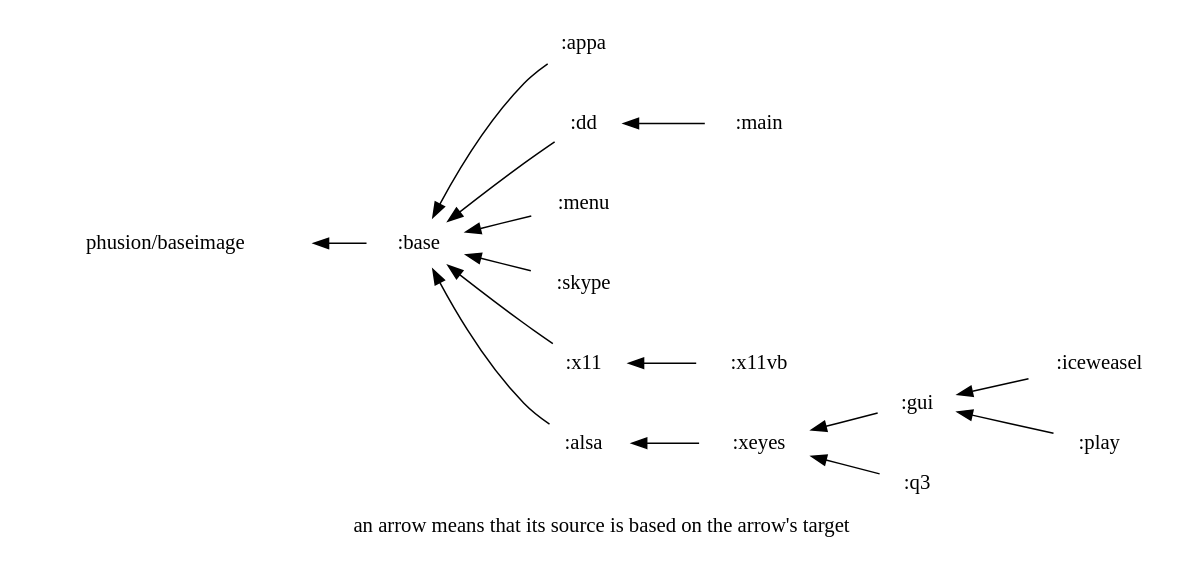
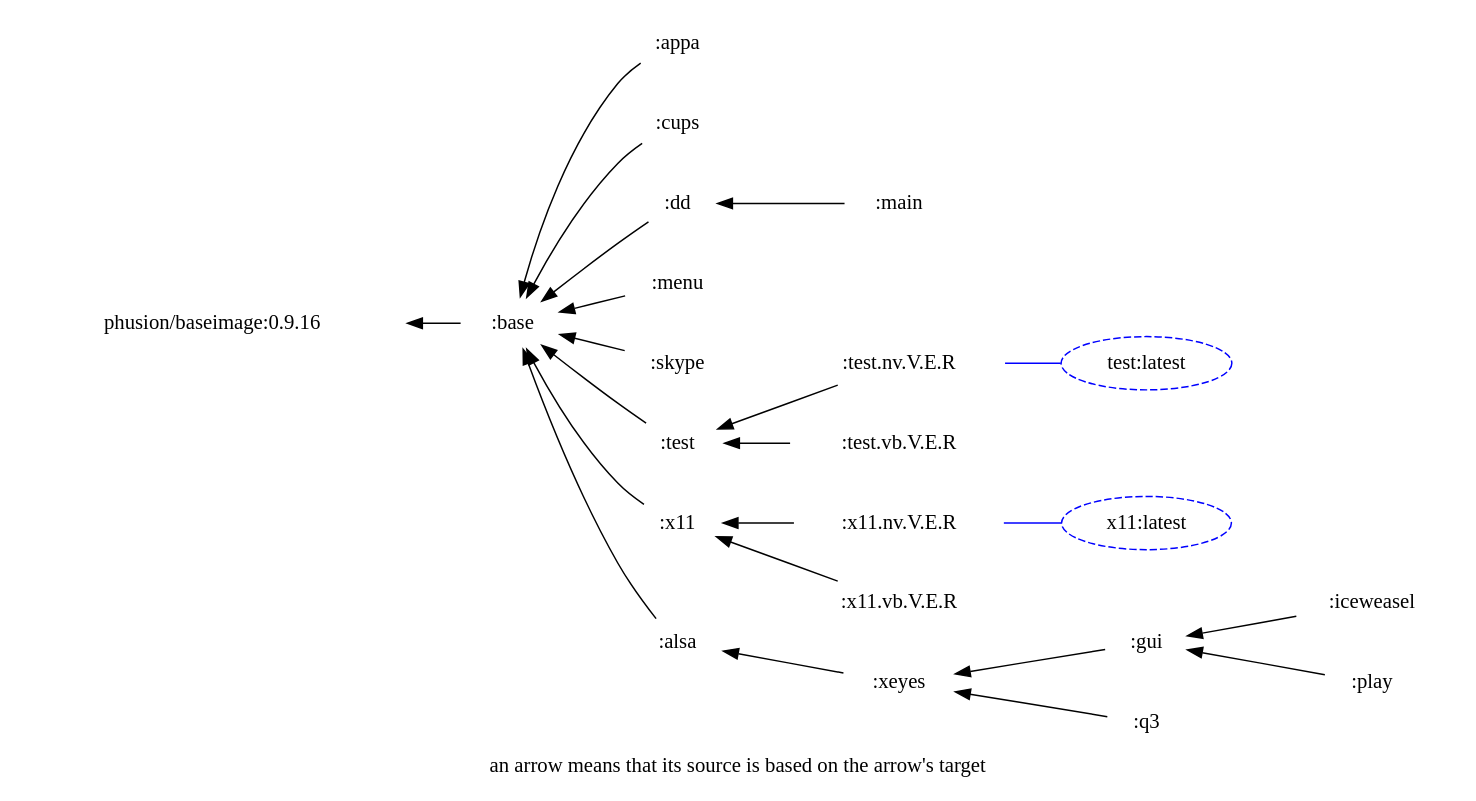
Before and after one commit to hilbert/hilbert-docker-images: the diagram in deps.dot, drawn with Graphviz. The commit also changed 3 other files, not shown here.

```diff
--- a/deps.dot
+++ b/deps.dot
@@ -1,16 +1,25 @@
 digraph deps{ graph [label="an arrow means that its source is based on the arrow's target", labelloc=b]; node [color=white]; rankdir = RL;
 ":alsa" -> ":base" ;
 ":appa" -> ":base" ;
-":base" -> "phusion/baseimage" ;
+":base" -> "phusion/baseimage:0.9.16" ;
+":cups" -> ":base" ;
 ":dd" -> ":base" ;
 ":gui" -> ":xeyes" ;
 ":iceweasel" -> ":gui" ;
 ":main" -> ":dd" ;
 ":menu" -> ":base" ;
 ":play" -> ":gui" ;
 ":q3" -> ":xeyes" ;
 ":skype" -> ":base" ;
+":test" -> ":base" ;
 ":x11" -> ":base" ;
-":x11vb" -> ":x11" ;
 ":xeyes" -> ":alsa" ;
+":x11.nv.V.E.R" -> ":x11" ;
+":x11.vb.V.E.R" -> ":x11" ;
+":test.nv.V.E.R" -> ":test" ;
+":test.vb.V.E.R" -> ":test" ;
+"x11:latest" -> ":x11.nv.V.E.R" [dir=none color="blue" ] ;
+"test:latest" -> ":test.nv.V.E.R" [dir=none color="blue" ] ;
+"x11:latest" [color="blue" style="dashed"]; 
+"test:latest" [color="blue" style="dashed"]; 
 }
```
